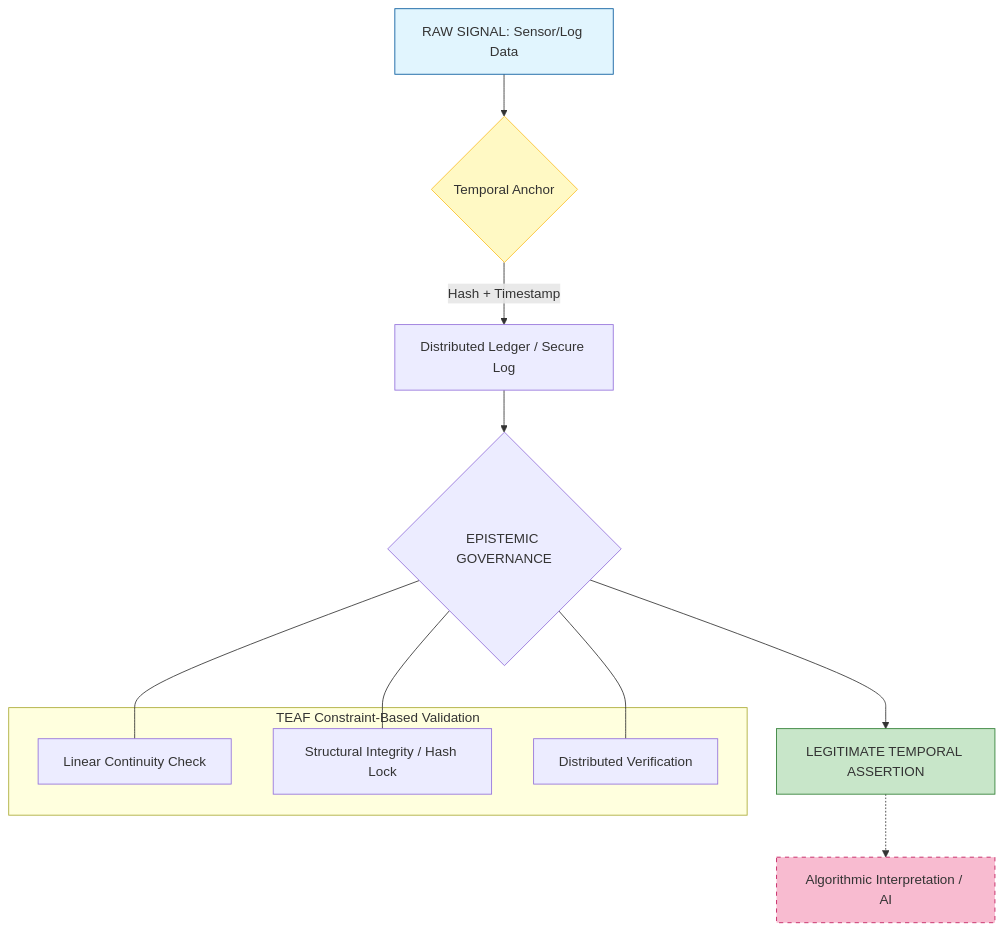
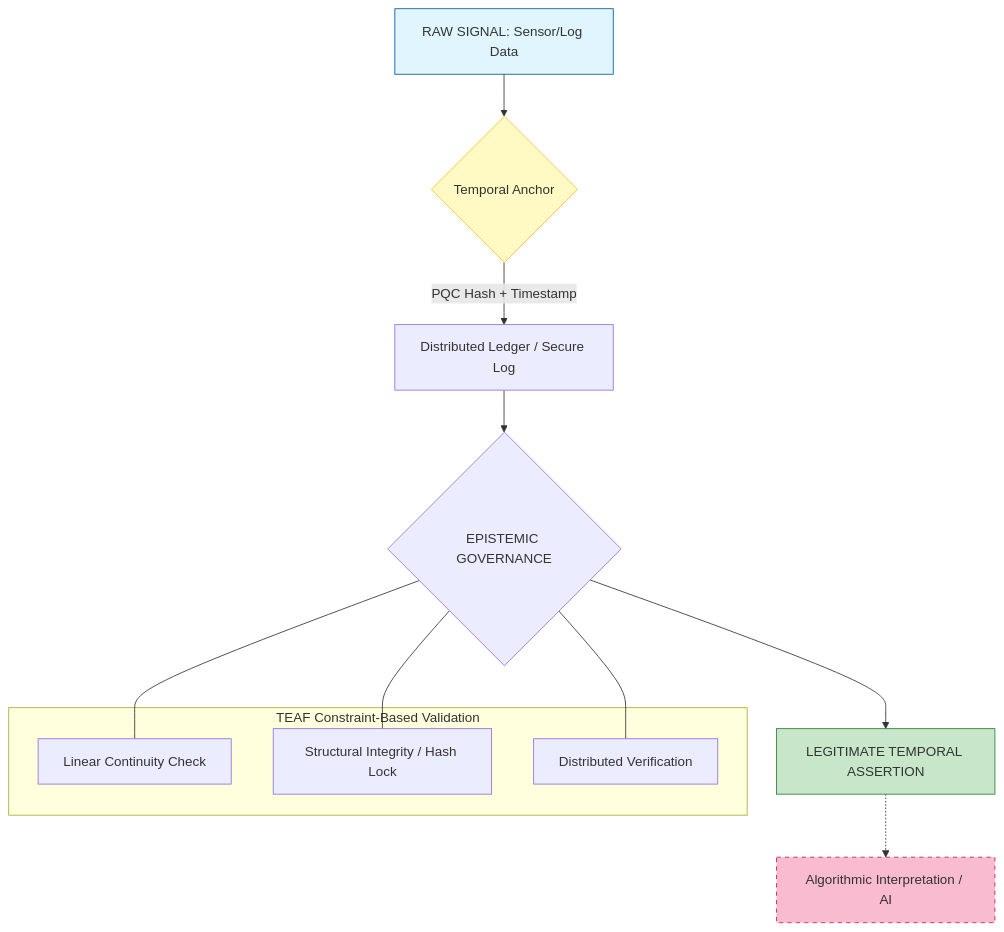
Before and after one commit to AngelDesire23/Temporal-Event-Assertion-Framework: the diagram in README.md, drawn with Mermaid. The commit also changed other lines of this file, not shown here.

````diff
--- a/README.md
+++ b/README.md
@@ -22,28 +14,28 @@
 ```mermaid
 graph TD
     %% Layer 1: The Input
     Signal[RAW SIGNAL: Sensor/Log Data] --> Anchor{Temporal Anchor}
     
     %% Layer 2: The Assertion Core
-    Anchor -->|Hash + Timestamp| Chain[Distributed Ledger / Secure Log]
+    Anchor -->|PQC Hash + Timestamp| Chain[Distributed Ledger / Secure Log]
     Chain --> Governance{EPISTEMIC GOVERNANCE}
     
     subgraph "TEAF Constraint-Based Validation"
     V1[Linear Continuity Check]
     V2[Structural Integrity / Hash Lock]
     V3[Distributed Verification]
     end
     
     Governance --- V1
     Governance --- V2
     Governance --- V3
     
     %% Layer 3: The Output & Separation
     Governance --> Assertion[LEGITIMATE TEMPORAL ASSERTION]
     Assertion -.-> Interpretation[Algorithmic Interpretation / AI]
 
     style Signal fill:#e1f5fe,stroke:#01579b
     style Anchor fill:#fff9c4,stroke:#fbc02d
     style Assertion fill:#c8e6c9,stroke:#2e7d32
     style Interpretation fill:#f8bbd0,stroke:#c2185b,stroke-dasharray: 5 5
 ```
````
